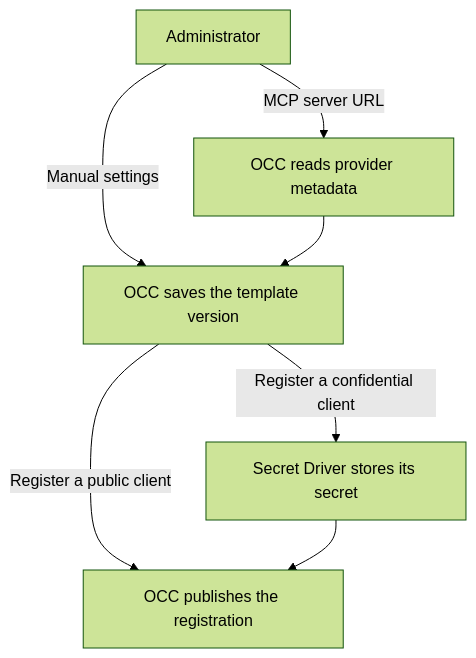
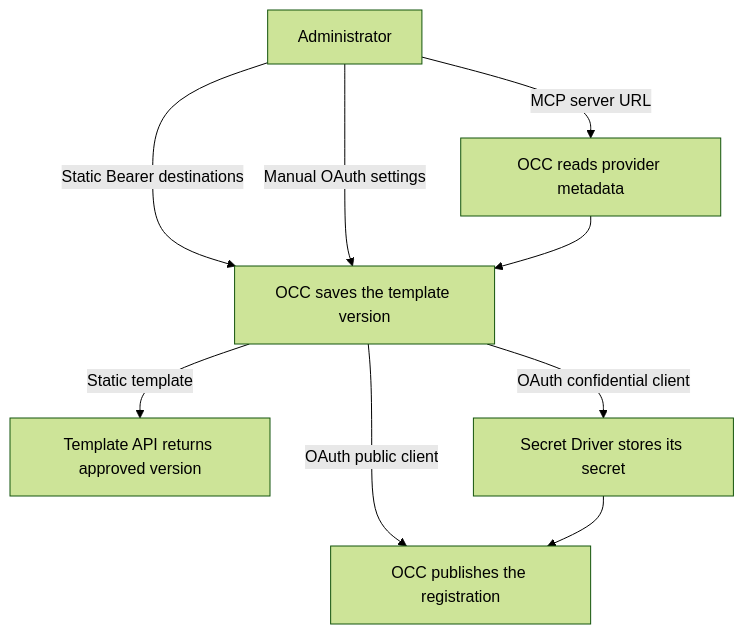
One commit to openclaw/openclaw-enterprise changed the first of 2 diagrams in docs/flows/connection-templates.md. Above: the diagram before and after it, drawn with Mermaid (forest theme). The commit also changed other lines of this file and 26 other files, not shown here.

Commit message:
Implement static bearer Connection Template resources

````diff
--- a/docs/flows/connection-templates.md
+++ b/docs/flows/connection-templates.md
@@ -22,9 +22,11 @@
 ```mermaid
 graph TD
-  Admin["Administrator"] -->|Manual settings| Version["OCC saves the template version"]
+  Admin["Administrator"] -->|Static Bearer destinations| Version["OCC saves the template version"]
+  Admin -->|Manual OAuth settings| Version
   Admin -->|MCP server URL| Discovery["OCC reads provider metadata"]
   Discovery --> Version
-  Version -->|Register a confidential client| Secret["Secret Driver stores its secret"]
-  Version -->|Register a public client| Publish["OCC publishes the registration"]
+  Version -->|Static template| Saved["Template API returns approved version"]
+  Version -->|OAuth confidential client| Secret["Secret Driver stores its secret"]
+  Version -->|OAuth public client| Publish["OCC publishes the registration"]
   Secret --> Publish
 ```
````
